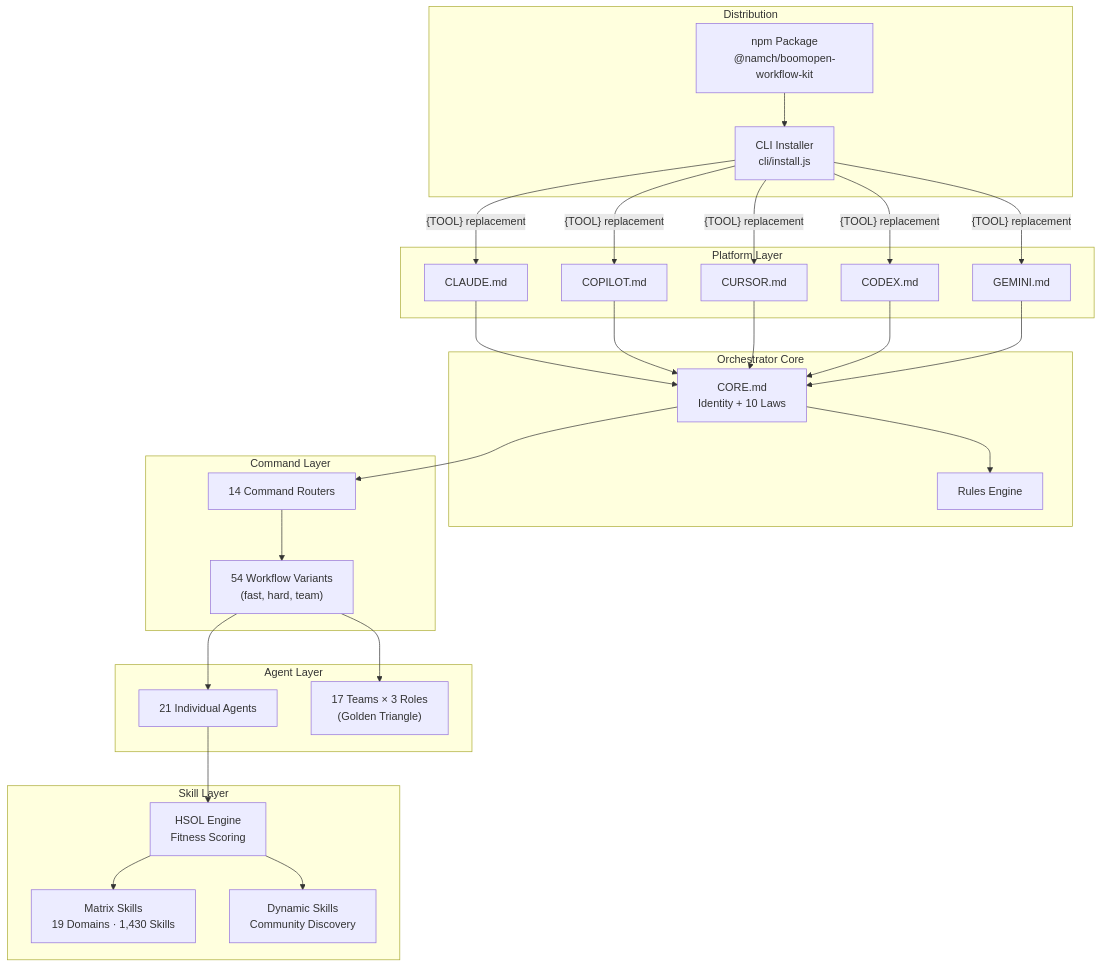
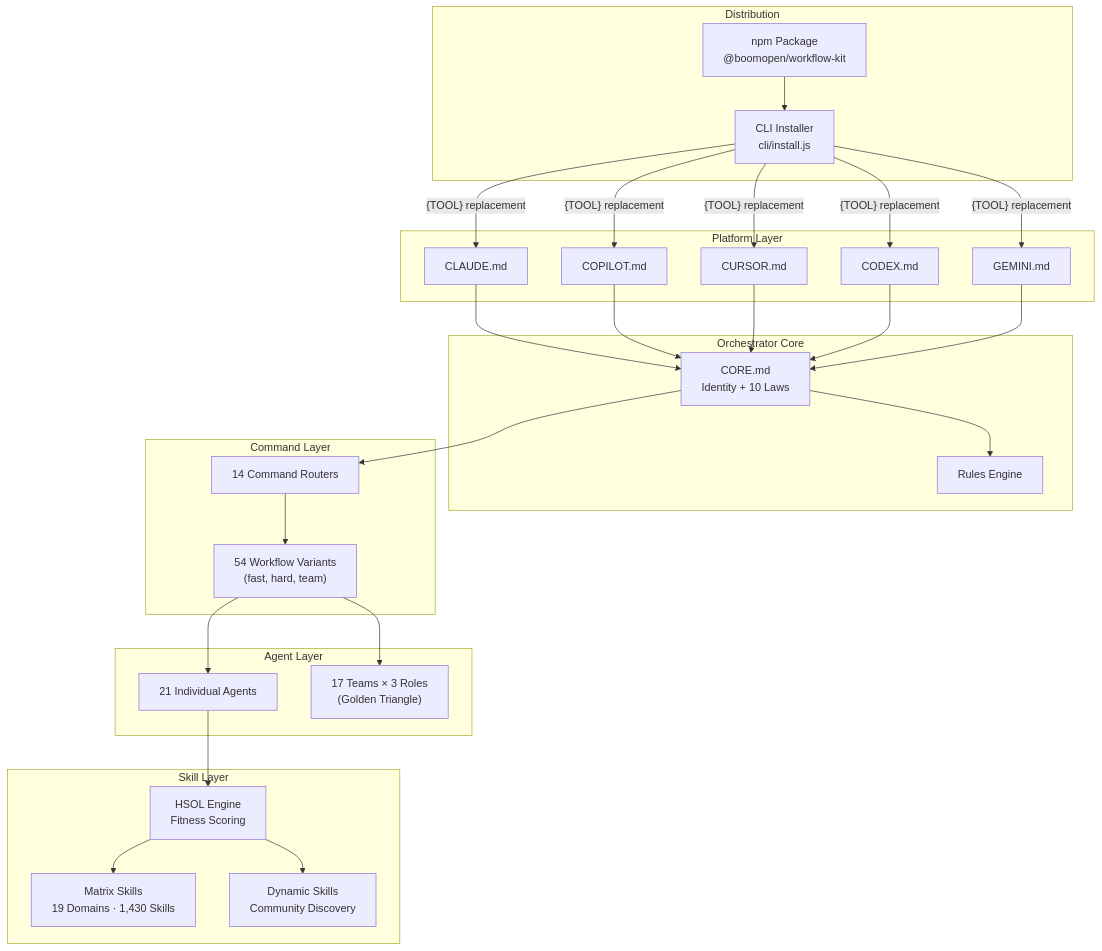
Before and after one commit to Kennyboom/BoomOpen-Workflow-Kit: the diagram in documents/knowledge-architecture/00-index.md, drawn with Mermaid. The commit also changed 39 other files, not shown here.

````diff
--- a/documents/knowledge-architecture/00-index.md
+++ b/documents/knowledge-architecture/00-index.md
@@ -15,48 +15,48 @@
 ```mermaid
 graph TB
     subgraph "Platform Layer"
         CLAUDE["CLAUDE.md"]
         COPILOT["COPILOT.md"]
         CURSOR["CURSOR.md"]
         CODEX["CODEX.md"]
         GEMINI["GEMINI.md"]
     end
 
     subgraph "Orchestrator Core"
         CORE["CORE.md<br/>Identity + 10 Laws"]
         RULES["Rules Engine"]
     end
 
     subgraph "Command Layer"
         ROUTER["14 Command Routers"]
         VARIANTS["54 Workflow Variants<br/>(fast, hard, team)"]
     end
 
     subgraph "Agent Layer"
         AGENTS["21 Individual Agents"]
         TEAMS["17 Teams × 3 Roles<br/>(Golden Triangle)"]
     end
 
     subgraph "Skill Layer"
         MATRIX["Matrix Skills<br/>19 Domains · 1,430 Skills"]
         DYNAMIC["Dynamic Skills<br/>Community Discovery"]
         HSOL["HSOL Engine<br/>Fitness Scoring"]
     end
 
     subgraph "Distribution"
         CLI["CLI Installer<br/>cli/install.js"]
-        PKG["npm Package<br/>@namch/boomopen-workflow-kit"]
+        PKG["npm Package<br/>@boomopen/workflow-kit"]
     end
 
     CLAUDE & COPILOT & CURSOR & CODEX & GEMINI --> CORE
     CORE --> RULES
     CORE --> ROUTER
     ROUTER --> VARIANTS
     VARIANTS --> AGENTS
     VARIANTS --> TEAMS
     AGENTS --> HSOL
     HSOL --> MATRIX
     HSOL --> DYNAMIC
     PKG --> CLI
     CLI -->|"{TOOL} replacement"| CLAUDE & COPILOT & CURSOR & CODEX & GEMINI
 ```
````
